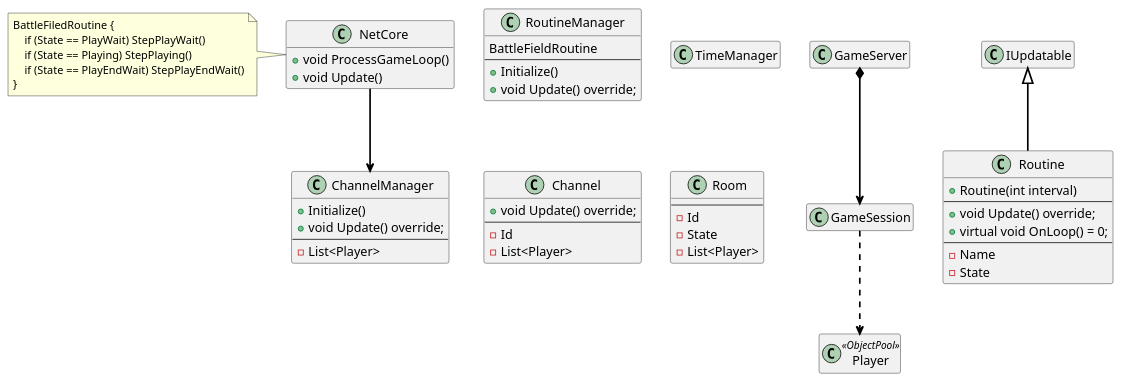
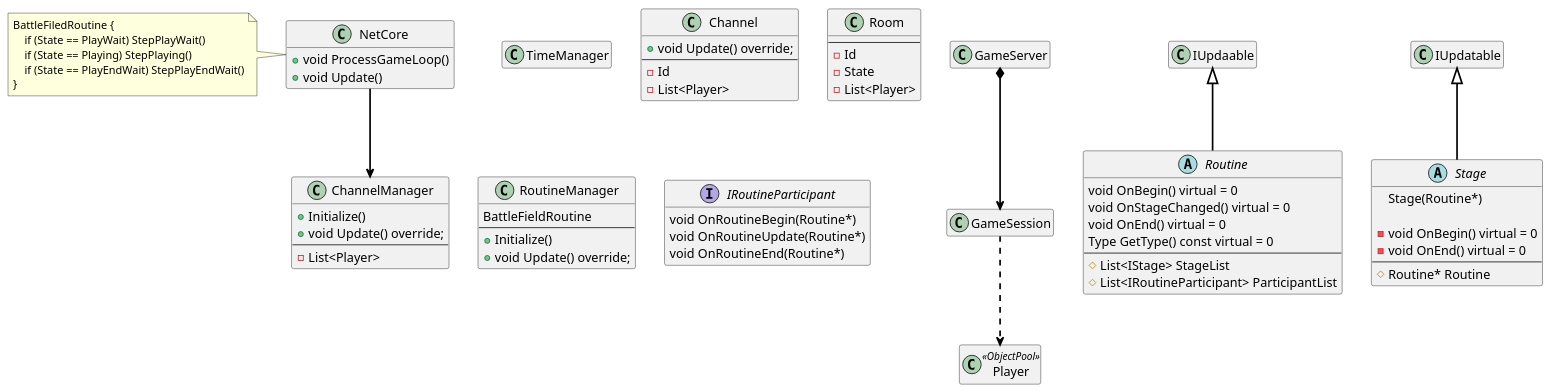
One commit to yjd6808/_YJD_Harmony changed the diagram in Documents/Design/TankFighter/ServerStructure.puml. Above: the diagram before and after it, drawn with PlantUML. The commit also changed 116 other files, not shown here.

```diff
--- a/Documents/Design/TankFighter/ServerStructure.puml
+++ b/Documents/Design/TankFighter/ServerStructure.puml
@@ -1,88 +1,111 @@
 @startuml
 
 'theme 목록 : https://plantuml.com/ko/theme'
 'skinparam 목록 : https://plantuml.com/ko/skinparam'
 skinparam ClassFontSize 20
 skinparam ClassFontColor Black
 skinparam ClassAttributeFontSize 15
 skinparam ArrowColor Black
 skinparam ArrowThickness 2
 
 hide empty methods
 hide empty fields
 
 class NetCore {
     + void ProcessGameLoop()
     + void Update()
 }
 
 note left
 BattleFiledRoutine {
     if (State == PlayWait) StepPlayWait()
     if (State == Playing) StepPlaying()
     if (State == PlayEndWait) StepPlayEndWait()
 }
 end note
 
 class GameServer {
 
 }
 
 class GameSession {
 
 }
 
-class Routine extends IUpdatable {
-    + Routine(int interval)
-    --
-    + void Update() override;
-    + virtual void OnLoop() = 0;
-    --
-    - Name
-    - State
-}
-
 class ChannelManager {
     + Initialize()
     + void Update() override;
     --
     - List<Player>
-}
-
-class RoutineManager { 
-    BattleFieldRoutine
-    --
-    + Initialize()
-    + void Update() override;
 }
 
 class TimeManager {
 
 }
 
 class Channel {
     + void Update() override;
     --
     - Id
     - List<Player>
 }
 
 class Room {
     --
     - Id
     - State
     - List<Player>
 }
 
 class Player<<ObjectPool>> {
 
 }
 
+class RoutineManager { 
+    BattleFieldRoutine
+    --
+    + Initialize()
+    + void Update() override;
+}
+
+/' 
+배틀필드 루틴은 항상 백그라운드로 돌아가고 있어야함. -> 어디서 업데이트를 돌릴 것인가? (메인쓰레드)
+배틀필드 루틴에는 참가자가 존재함. 이 참가자들을 대상으로 업데이트를 진행한다.
+이 참가자는 Room이 될 수 있겠다. 배틀필드를 진행중인 방들!
+즉 Room은 IRoutineParticipant를 상속받는다.
+기본적으로 방, 플레이어, 채널등의 게임
+'/
+
+interface IRoutineParticipant {
+    void OnRoutineBegin(Routine*)
+    void OnRoutineUpdate(Routine*)
+    void OnRoutineEnd(Routine*)
+}
+
+abstract Routine extends IUpdaable {
+    void OnBegin() virtual = 0
+    void OnStageChanged() virtual = 0
+    void OnEnd() virtual = 0
+    Type GetType() const virtual = 0
+    --
+    # List<IStage> StageList
+    # List<IRoutineParticipant> ParticipantList
+}
+
+abstract Stage extends IUpdatable {
+    Stage(Routine*)
+
+    - void OnBegin() virtual = 0
+    - void OnEnd() virtual = 0
+    --
+    # Routine* Routine
+}
+
 NetCore --> ChannelManager
 
 GameServer *-d-> GameSession
 GameSession .d.> Player
 
 
 
 @enduml
```
